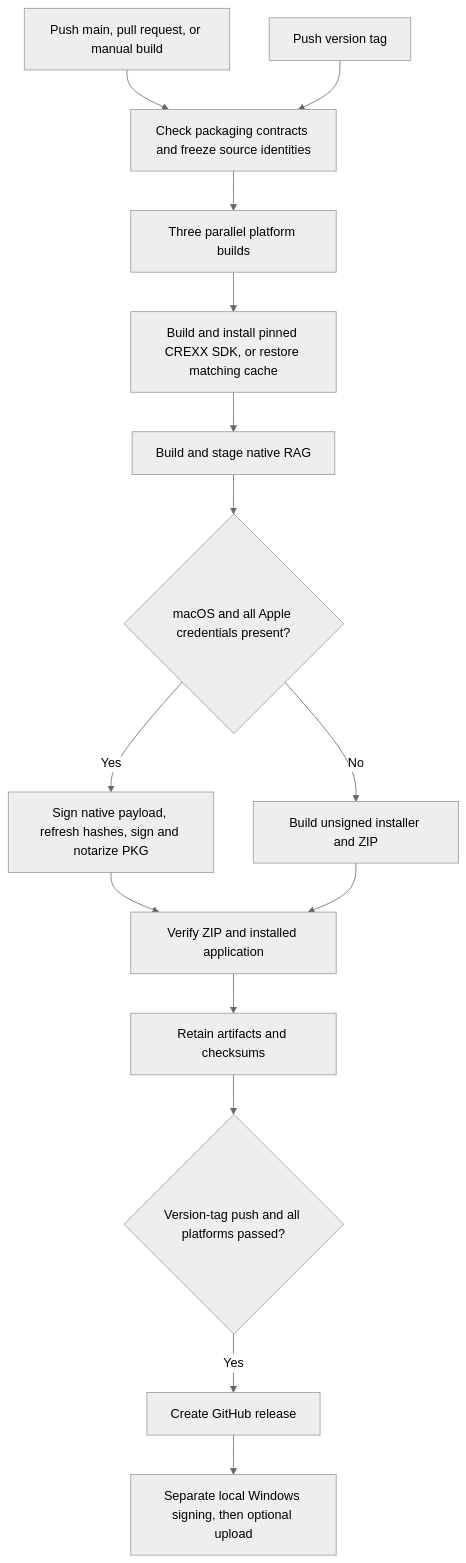
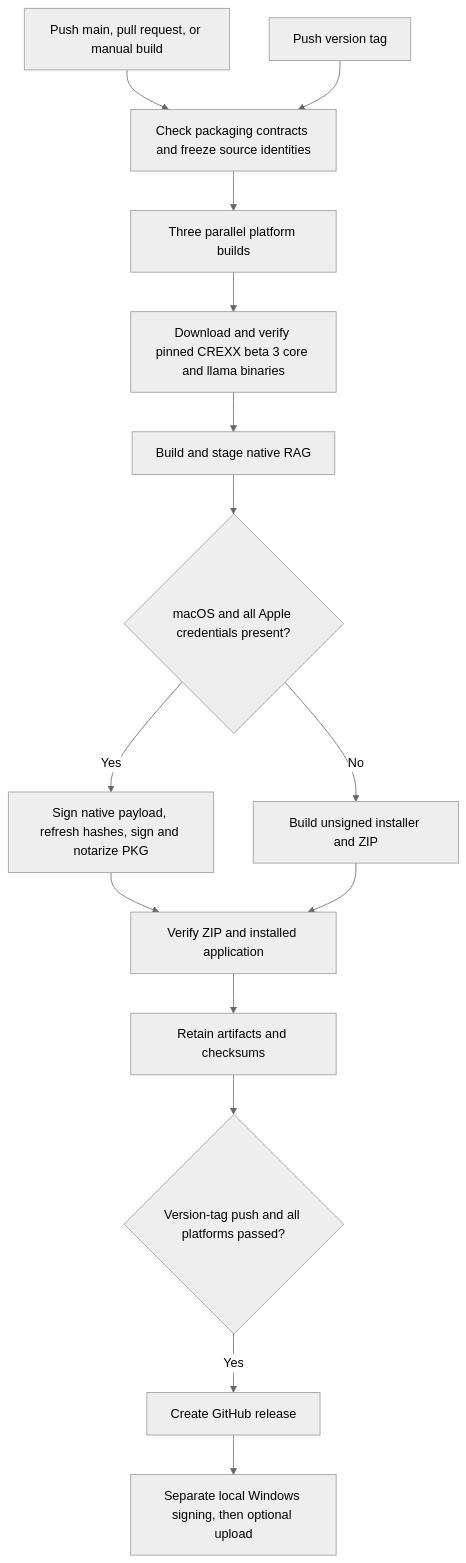
Before and after one commit to adesutherland/crexx-rag: the diagram in docs/build-and-release.md, drawn with Mermaid (neutral theme). The commit also changed other lines of this file and 22 other files, not shown here.

Commit message:
Fix maintenance reporting and package RAG with CREXX beta 3

````diff
--- a/docs/build-and-release.md
+++ b/docs/build-and-release.md
@@ -18,17 +18,17 @@
 ```mermaid
 flowchart TD
   A[Push main, pull request, or manual build] --> B[Check packaging contracts and freeze source identities]
   T[Push version tag] --> B
   B --> C[Three parallel platform builds]
-  C --> D[Build and install pinned CREXX SDK, or restore matching cache]
+  C --> D[Download and verify pinned CREXX beta 3 core and llama binaries]
   D --> E[Build and stage native RAG]
   E --> M{macOS and all Apple credentials present?}
   M -- Yes --> S[Sign native payload, refresh hashes, sign and notarize PKG]
   M -- No --> U[Build unsigned installer and ZIP]
   S --> V[Verify ZIP and installed application]
   U --> V
   V --> W[Retain artifacts and checksums]
   W --> X{Version-tag push and all platforms passed?}
   X -- Yes --> Y[Create GitHub release]
   Y --> Z[Separate local Windows signing, then optional upload]
 ```
````
